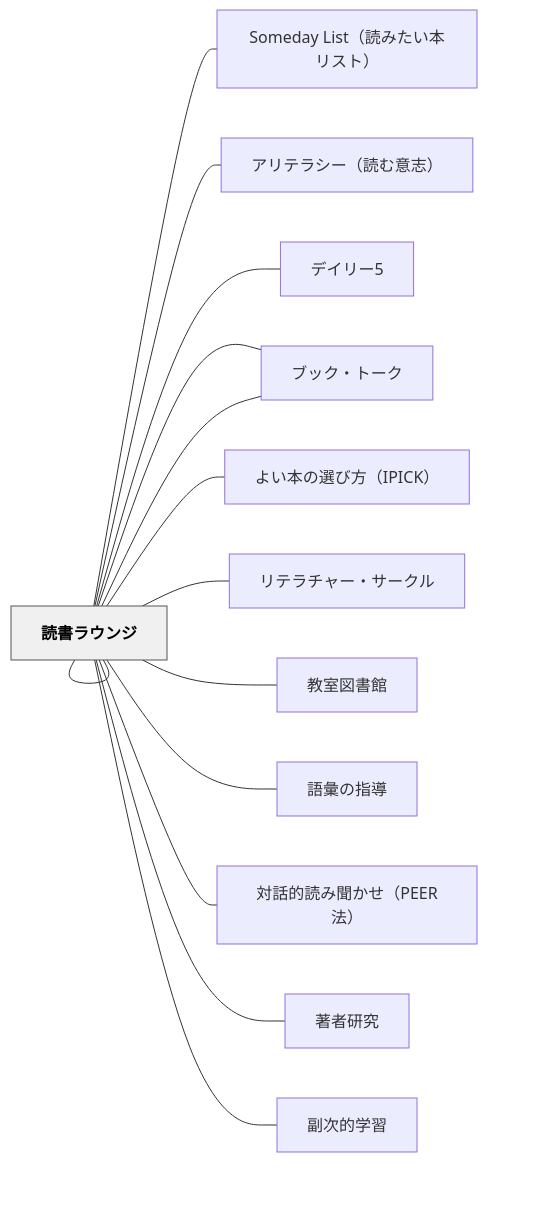
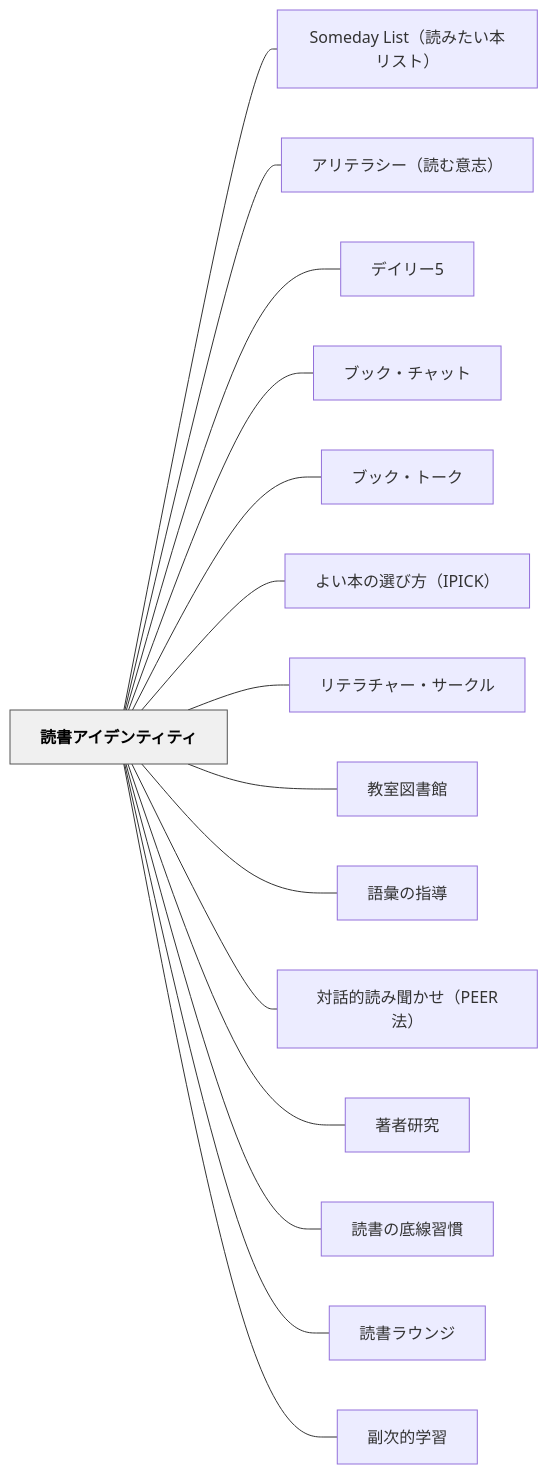
One commit to unknownthings-ed-patterns/unknownthings-ed-patterns changed the diagram in content/パタン/読書アイデンティティ.md. Above: the diagram before and after it, drawn with Mermaid. The commit also changed 527 other files, not shown here.

````diff
--- a/content/パタン/読書アイデンティティ.md
+++ b/content/パタン/読書アイデンティティ.md
@@ -220,36 +220,36 @@
 ```mermaid
 flowchart LR
-    ne8aaade69bb8["読書アイデンティティ"]
-    n536f6d656461["Someday List（読みたい本リスト）"]
-    ne382a2e383aa["アリテラシー（読む意志）"]
-    ne38387e382a4["デイリー5"]
-    ne38396e38383["ブック・チャット"]
-    ne38396e38383["ブック・トーク"]
-    ne38288e38184["よい本の選び方（IPICK）"]
-    ne383aae38386["リテラチャー・サークル"]
-    ne69599e5aea4["教室図書館"]
-    ne8aa9ee5bd99["語彙の指導"]
-    ne5afbee8a9b1["対話的読み聞かせ（PEER法）"]
-    ne89197e88085["著者研究"]
-    ne8aaade69bb8["読書の底線習慣"]
-    ne8aaade69bb8["読書ラウンジ"]
-    ne589afe6aca1["副次的学習"]
+    ne8aaade69bb8e382a2e382a4e38387e383b3e38386e382a3e38386e382a3["読書アイデンティティ"]
+    n536f6d65646179204c697374efbc88e8aaade381bfe3819fe38184e69cace383aae382b9e38388efbc89["Someday List（読みたい本リスト）"]
+    ne382a2e383aae38386e383a9e382b7e383bcefbc88e8aaade38280e6848fe5bf97efbc89["アリテラシー（読む意志）"]
+    ne38387e382a4e383aae383bc35["デイリー5"]
+    ne38396e38383e382afe383bbe38381e383a3e38383e38388["ブック・チャット"]
+    ne38396e38383e382afe383bbe38388e383bce382af["ブック・トーク"]
+    ne38288e38184e69cace381aee981b8e381b3e696b9efbc88495049434befbc89["よい本の選び方（IPICK）"]
+    ne383aae38386e383a9e38381e383a3e383bce383bbe382b5e383bce382afe383ab["リテラチャー・サークル"]
+    ne69599e5aea4e59bb3e69bb8e9a4a8["教室図書館"]
+    ne8aa9ee5bd99e381aee68c87e5b08e["語彙の指導"]
+    ne5afbee8a9b1e79a84e8aaade381bfe8819ee3818be3819befbc8850454552e6b395efbc89["対話的読み聞かせ（PEER法）"]
+    ne89197e88085e7a094e7a9b6["著者研究"]
+    ne8aaade69bb8e381aee5ba95e7b79ae7bf92e685a3["読書の底線習慣"]
+    ne8aaade69bb8e383a9e382a6e383b3e382b8["読書ラウンジ"]
+    ne589afe6aca1e79a84e5ada6e7bf92["副次的学習"]
 
-    ne8aaade69bb8 --- n536f6d656461
-    ne8aaade69bb8 --- ne382a2e383aa
-    ne8aaade69bb8 --- ne38387e382a4
-    ne8aaade69bb8 --- ne38396e38383
-    ne8aaade69bb8 --- ne38396e38383
-    ne8aaade69bb8 --- ne38288e38184
-    ne8aaade69bb8 --- ne383aae38386
-    ne8aaade69bb8 --- ne69599e5aea4
-    ne8aaade69bb8 --- ne8aa9ee5bd99
-    ne8aaade69bb8 --- ne5afbee8a9b1
-    ne8aaade69bb8 --- ne89197e88085
-    ne8aaade69bb8 --- ne8aaade69bb8
-    ne8aaade69bb8 --- ne8aaade69bb8
-    ne8aaade69bb8 --- ne589afe6aca1
+    ne8aaade69bb8e382a2e382a4e38387e383b3e38386e382a3e38386e382a3 --- n536f6d65646179204c697374efbc88e8aaade381bfe3819fe38184e69cace383aae382b9e38388efbc89
+    ne8aaade69bb8e382a2e382a4e38387e383b3e38386e382a3e38386e382a3 --- ne382a2e383aae38386e383a9e382b7e383bcefbc88e8aaade38280e6848fe5bf97efbc89
+    ne8aaade69bb8e382a2e382a4e38387e383b3e38386e382a3e38386e382a3 --- ne38387e382a4e383aae383bc35
+    ne8aaade69bb8e382a2e382a4e38387e383b3e38386e382a3e38386e382a3 --- ne38396e38383e382afe383bbe38381e383a3e38383e38388
+    ne8aaade69bb8e382a2e382a4e38387e383b3e38386e382a3e38386e382a3 --- ne38396e38383e382afe383bbe38388e383bce382af
+    ne8aaade69bb8e382a2e382a4e38387e383b3e38386e382a3e38386e382a3 --- ne38288e38184e69cace381aee981b8e381b3e696b9efbc88495049434befbc89
+    ne8aaade69bb8e382a2e382a4e38387e383b3e38386e382a3e38386e382a3 --- ne383aae38386e383a9e38381e383a3e383bce383bbe382b5e383bce382afe383ab
+    ne8aaade69bb8e382a2e382a4e38387e383b3e38386e382a3e38386e382a3 --- ne69599e5aea4e59bb3e69bb8e9a4a8
+    ne8aaade69bb8e382a2e382a4e38387e383b3e38386e382a3e38386e382a3 --- ne8aa9ee5bd99e381aee68c87e5b08e
+    ne8aaade69bb8e382a2e382a4e38387e383b3e38386e382a3e38386e382a3 --- ne5afbee8a9b1e79a84e8aaade381bfe8819ee3818be3819befbc8850454552e6b395efbc89
+    ne8aaade69bb8e382a2e382a4e38387e383b3e38386e382a3e38386e382a3 --- ne89197e88085e7a094e7a9b6
+    ne8aaade69bb8e382a2e382a4e38387e383b3e38386e382a3e38386e382a3 --- ne8aaade69bb8e381aee5ba95e7b79ae7bf92e685a3
+    ne8aaade69bb8e382a2e382a4e38387e383b3e38386e382a3e38386e382a3 --- ne8aaade69bb8e383a9e382a6e383b3e382b8
+    ne8aaade69bb8e382a2e382a4e38387e383b3e38386e382a3e38386e382a3 --- ne589afe6aca1e79a84e5ada6e7bf92
 
     classDef hub fill:#f0f0f0,stroke:#555,color:#000,font-weight:bold
-    class ne8aaade69bb8 hub
+    class ne8aaade69bb8e382a2e382a4e38387e383b3e38386e382a3e38386e382a3 hub
 ```
````
